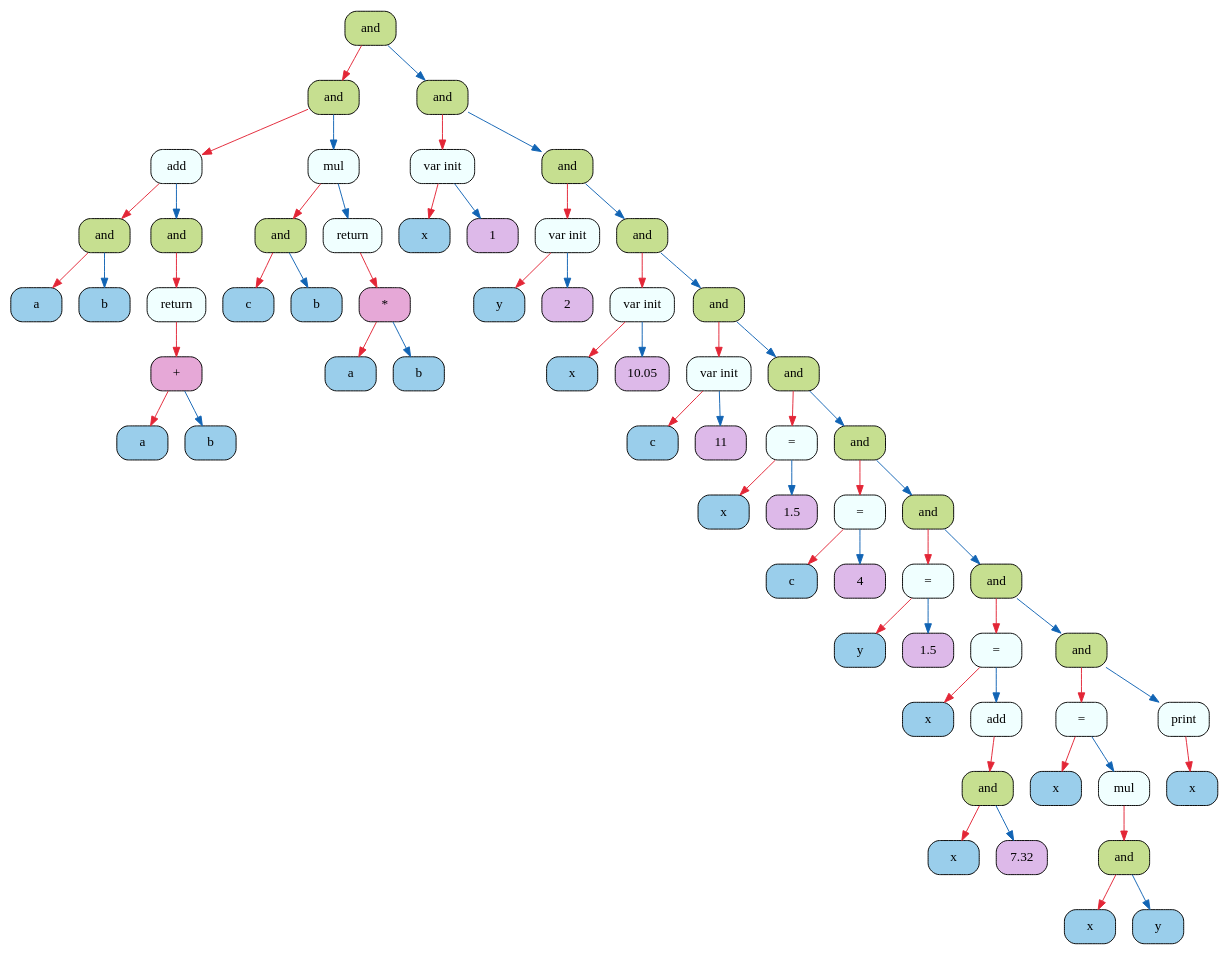
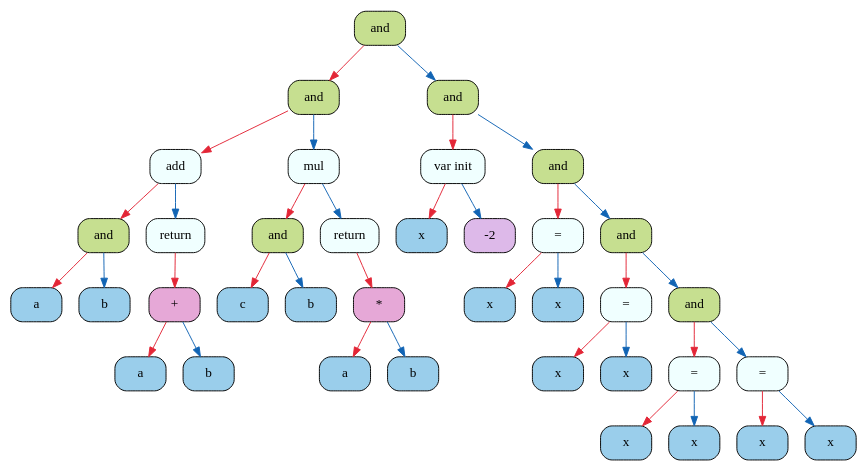
The diagram in frontend/logs/log_graphviz.dot (2APetrin/MIPT_language), drawn with Graphviz before and after one commit. The commit also changed 21 other files, not shown here.

```diff
--- a/frontend/logs/log_graphviz.dot
+++ b/frontend/logs/log_graphviz.dot
@@ -1,128 +1,76 @@
 digraph
 {
-    node_0x606000001f40[shape = Mrecord, label = "{{and}}", style = "filled", fillcolor = "#C6DF90"];
+    node_0x606000001760[shape = Mrecord, label = "{{and}}", style = "filled", fillcolor = "#C6DF90"];
     node_0x606000000800[shape = Mrecord, label = "{{and}}", style = "filled", fillcolor = "#C6DF90"];
     node_0x606000000380[shape = Mrecord, label = "{{add}}", style = "filled", fillcolor = "#F0FFFF"];
     node_0x606000000140[shape = Mrecord, label = "{{and}}", style = "filled", fillcolor = "#C6DF90"];
     node_0x606000000020[shape = Mrecord, label = "{{a}}", style = "filled", fillcolor = "#9ACEEB"];
-    node_0x606000001fa0[shape = Mrecord, label = "{{b}}", style = "filled", fillcolor = "#9ACEEB"];
-    node_0x606000000320[shape = Mrecord, label = "{{and}}", style = "filled", fillcolor = "#C6DF90"];
-    node_0x6060000002c0[shape = Mrecord, label = "{{return}}", style = "filled", fillcolor = "#F0FFFF"];
-    node_0x606000000260[shape = Mrecord, label = "{{+}}", style = "filled", fillcolor = "#E6A8D7"];
-    node_0x6060000001a0[shape = Mrecord, label = "{{a}}", style = "filled", fillcolor = "#9ACEEB"];
-    node_0x606000000200[shape = Mrecord, label = "{{b}}", style = "filled", fillcolor = "#9ACEEB"];
-    node_0x606000002060[shape = Mrecord, label = "{{mul}}", style = "filled", fillcolor = "#F0FFFF"];
-    node_0x6060000020c0[shape = Mrecord, label = "{{and}}", style = "filled", fillcolor = "#C6DF90"];
-    node_0x606000002120[shape = Mrecord, label = "{{c}}", style = "filled", fillcolor = "#9ACEEB"];
-    node_0x606000002180[shape = Mrecord, label = "{{b}}", style = "filled", fillcolor = "#9ACEEB"];
-    node_0x606000002a80[shape = Mrecord, label = "{{return}}", style = "filled", fillcolor = "#F0FFFF"];
-    node_0x606000002ae0[shape = Mrecord, label = "{{*}}", style = "filled", fillcolor = "#E6A8D7"];
-    node_0x606000002b40[shape = Mrecord, label = "{{a}}", style = "filled", fillcolor = "#9ACEEB"];
-    node_0x606000002ba0[shape = Mrecord, label = "{{b}}", style = "filled", fillcolor = "#9ACEEB"];
-    node_0x606000001ee0[shape = Mrecord, label = "{{and}}", style = "filled", fillcolor = "#C6DF90"];
+    node_0x6060000017c0[shape = Mrecord, label = "{{b}}", style = "filled", fillcolor = "#9ACEEB"];
+    node_0x606000001820[shape = Mrecord, label = "{{return}}", style = "filled", fillcolor = "#F0FFFF"];
+    node_0x606000001880[shape = Mrecord, label = "{{+}}", style = "filled", fillcolor = "#E6A8D7"];
+    node_0x6060000018e0[shape = Mrecord, label = "{{a}}", style = "filled", fillcolor = "#9ACEEB"];
+    node_0x606000001940[shape = Mrecord, label = "{{b}}", style = "filled", fillcolor = "#9ACEEB"];
+    node_0x606000001b80[shape = Mrecord, label = "{{mul}}", style = "filled", fillcolor = "#F0FFFF"];
+    node_0x606000001be0[shape = Mrecord, label = "{{and}}", style = "filled", fillcolor = "#C6DF90"];
+    node_0x606000001c40[shape = Mrecord, label = "{{c}}", style = "filled", fillcolor = "#9ACEEB"];
+    node_0x606000001ca0[shape = Mrecord, label = "{{b}}", style = "filled", fillcolor = "#9ACEEB"];
+    node_0x606000001d00[shape = Mrecord, label = "{{return}}", style = "filled", fillcolor = "#F0FFFF"];
+    node_0x606000001d60[shape = Mrecord, label = "{{*}}", style = "filled", fillcolor = "#E6A8D7"];
+    node_0x606000001dc0[shape = Mrecord, label = "{{a}}", style = "filled", fillcolor = "#9ACEEB"];
+    node_0x606000001e20[shape = Mrecord, label = "{{b}}", style = "filled", fillcolor = "#9ACEEB"];
+    node_0x606000001700[shape = Mrecord, label = "{{and}}", style = "filled", fillcolor = "#C6DF90"];
     node_0x606000000920[shape = Mrecord, label = "{{var init}}", style = "filled", fillcolor = "#F0FFFF"];
     node_0x606000000860[shape = Mrecord, label = "{{x}}", style = "filled", fillcolor = "#9ACEEB"];
-    node_0x6060000008c0[shape = Mrecord, label = "{{1}}", style = "filled", fillcolor = "#DDB9E9"];
-    node_0x606000001e80[shape = Mrecord, label = "{{and}}", style = "filled", fillcolor = "#C6DF90"];
-    node_0x606000000a40[shape = Mrecord, label = "{{var init}}", style = "filled", fillcolor = "#F0FFFF"];
-    node_0x606000000980[shape = Mrecord, label = "{{y}}", style = "filled", fillcolor = "#9ACEEB"];
-    node_0x6060000009e0[shape = Mrecord, label = "{{2}}", style = "filled", fillcolor = "#DDB9E9"];
-    node_0x606000001e20[shape = Mrecord, label = "{{and}}", style = "filled", fillcolor = "#C6DF90"];
-    node_0x606000000b60[shape = Mrecord, label = "{{var init}}", style = "filled", fillcolor = "#F0FFFF"];
-    node_0x606000000aa0[shape = Mrecord, label = "{{x}}", style = "filled", fillcolor = "#9ACEEB"];
-    node_0x606000000b00[shape = Mrecord, label = "{{10.05}}", style = "filled", fillcolor = "#DDB9E9"];
-    node_0x606000001dc0[shape = Mrecord, label = "{{and}}", style = "filled", fillcolor = "#C6DF90"];
-    node_0x606000000c80[shape = Mrecord, label = "{{var init}}", style = "filled", fillcolor = "#F0FFFF"];
-    node_0x606000000bc0[shape = Mrecord, label = "{{c}}", style = "filled", fillcolor = "#9ACEEB"];
-    node_0x606000000c20[shape = Mrecord, label = "{{11}}", style = "filled", fillcolor = "#DDB9E9"];
-    node_0x606000001d60[shape = Mrecord, label = "{{and}}", style = "filled", fillcolor = "#C6DF90"];
-    node_0x606000000e60[shape = Mrecord, label = "{{=}}", style = "filled", fillcolor = "#F0FFFF"];
-    node_0x606000000ce0[shape = Mrecord, label = "{{x}}", style = "filled", fillcolor = "#9ACEEB"];
-    node_0x6060000023c0[shape = Mrecord, label = "{{1.5}}", style = "filled", fillcolor = "#DDB9E9"];
-    node_0x606000001d00[shape = Mrecord, label = "{{and}}", style = "filled", fillcolor = "#C6DF90"];
-    node_0x606000001040[shape = Mrecord, label = "{{=}}", style = "filled", fillcolor = "#F0FFFF"];
-    node_0x606000000ec0[shape = Mrecord, label = "{{c}}", style = "filled", fillcolor = "#9ACEEB"];
-    node_0x606000002420[shape = Mrecord, label = "{{4}}", style = "filled", fillcolor = "#DDB9E9"];
-    node_0x606000001ca0[shape = Mrecord, label = "{{and}}", style = "filled", fillcolor = "#C6DF90"];
-    node_0x6060000013a0[shape = Mrecord, label = "{{=}}", style = "filled", fillcolor = "#F0FFFF"];
-    node_0x6060000010a0[shape = Mrecord, label = "{{y}}", style = "filled", fillcolor = "#9ACEEB"];
-    node_0x606000002540[shape = Mrecord, label = "{{1.5}}", style = "filled", fillcolor = "#DDB9E9"];
-    node_0x606000001c40[shape = Mrecord, label = "{{and}}", style = "filled", fillcolor = "#C6DF90"];
-    node_0x606000001760[shape = Mrecord, label = "{{=}}", style = "filled", fillcolor = "#F0FFFF"];
-    node_0x606000001400[shape = Mrecord, label = "{{x}}", style = "filled", fillcolor = "#9ACEEB"];
-    node_0x606000002660[shape = Mrecord, label = "{{add}}", style = "filled", fillcolor = "#F0FFFF"];
-    node_0x6060000026c0[shape = Mrecord, label = "{{and}}", style = "filled", fillcolor = "#C6DF90"];
-    node_0x606000002720[shape = Mrecord, label = "{{x}}", style = "filled", fillcolor = "#9ACEEB"];
-    node_0x606000002780[shape = Mrecord, label = "{{7.32}}", style = "filled", fillcolor = "#DDB9E9"];
-    node_0x606000001be0[shape = Mrecord, label = "{{and}}", style = "filled", fillcolor = "#C6DF90"];
-    node_0x606000001a60[shape = Mrecord, label = "{{=}}", style = "filled", fillcolor = "#F0FFFF"];
-    node_0x6060000017c0[shape = Mrecord, label = "{{x}}", style = "filled", fillcolor = "#9ACEEB"];
-    node_0x606000002840[shape = Mrecord, label = "{{mul}}", style = "filled", fillcolor = "#F0FFFF"];
-    node_0x6060000028a0[shape = Mrecord, label = "{{and}}", style = "filled", fillcolor = "#C6DF90"];
-    node_0x606000002900[shape = Mrecord, label = "{{x}}", style = "filled", fillcolor = "#9ACEEB"];
-    node_0x606000002960[shape = Mrecord, label = "{{y}}", style = "filled", fillcolor = "#9ACEEB"];
-    node_0x6060000029c0[shape = Mrecord, label = "{{print}}", style = "filled", fillcolor = "#F0FFFF"];
-    node_0x606000002a20[shape = Mrecord, label = "{{x}}", style = "filled", fillcolor = "#9ACEEB"];
-    node_0x606000001f40->node_0x606000000800 [color = "#E32636"];
+    node_0x6060000008c0[shape = Mrecord, label = "{{-2}}", style = "filled", fillcolor = "#DDB9E9"];
+    node_0x6060000016a0[shape = Mrecord, label = "{{and}}", style = "filled", fillcolor = "#C6DF90"];
+    node_0x606000000b00[shape = Mrecord, label = "{{=}}", style = "filled", fillcolor = "#F0FFFF"];
+    node_0x606000000980[shape = Mrecord, label = "{{x}}", style = "filled", fillcolor = "#9ACEEB"];
+    node_0x606000001e80[shape = Mrecord, label = "{{x}}", style = "filled", fillcolor = "#9ACEEB"];
+    node_0x606000001640[shape = Mrecord, label = "{{and}}", style = "filled", fillcolor = "#C6DF90"];
+    node_0x606000000fe0[shape = Mrecord, label = "{{=}}", style = "filled", fillcolor = "#F0FFFF"];
+    node_0x606000000b60[shape = Mrecord, label = "{{x}}", style = "filled", fillcolor = "#9ACEEB"];
+    node_0x606000002000[shape = Mrecord, label = "{{x}}", style = "filled", fillcolor = "#9ACEEB"];
+    node_0x6060000015e0[shape = Mrecord, label = "{{and}}", style = "filled", fillcolor = "#C6DF90"];
+    node_0x606000001280[shape = Mrecord, label = "{{=}}", style = "filled", fillcolor = "#F0FFFF"];
+    node_0x606000001040[shape = Mrecord, label = "{{x}}", style = "filled", fillcolor = "#9ACEEB"];
+    node_0x6060000020c0[shape = Mrecord, label = "{{x}}", style = "filled", fillcolor = "#9ACEEB"];
+    node_0x6060000021e0[shape = Mrecord, label = "{{=}}", style = "filled", fillcolor = "#F0FFFF"];
+    node_0x606000002240[shape = Mrecord, label = "{{x}}", style = "filled", fillcolor = "#9ACEEB"];
+    node_0x6060000022a0[shape = Mrecord, label = "{{x}}", style = "filled", fillcolor = "#9ACEEB"];
+    node_0x606000001760->node_0x606000000800 [color = "#E32636"];
     node_0x606000000800->node_0x606000000380 [color = "#E32636"];
     node_0x606000000380->node_0x606000000140 [color = "#E32636"];
     node_0x606000000140->node_0x606000000020 [color = "#E32636"];
-    node_0x606000000140->node_0x606000001fa0 [color = "#1164B4"];
-    node_0x606000000380->node_0x606000000320 [color = "#1164B4"];
-    node_0x606000000320->node_0x6060000002c0 [color = "#E32636"];
-    node_0x6060000002c0->node_0x606000000260 [color = "#E32636"];
-    node_0x606000000260->node_0x6060000001a0 [color = "#E32636"];
-    node_0x606000000260->node_0x606000000200 [color = "#1164B4"];
-    node_0x606000000800->node_0x606000002060 [color = "#1164B4"];
-    node_0x606000002060->node_0x6060000020c0 [color = "#E32636"];
-    node_0x6060000020c0->node_0x606000002120 [color = "#E32636"];
-    node_0x6060000020c0->node_0x606000002180 [color = "#1164B4"];
-    node_0x606000002060->node_0x606000002a80 [color = "#1164B4"];
-    node_0x606000002a80->node_0x606000002ae0 [color = "#E32636"];
-    node_0x606000002ae0->node_0x606000002b40 [color = "#E32636"];
-    node_0x606000002ae0->node_0x606000002ba0 [color = "#1164B4"];
-    node_0x606000001f40->node_0x606000001ee0 [color = "#1164B4"];
-    node_0x606000001ee0->node_0x606000000920 [color = "#E32636"];
+    node_0x606000000140->node_0x6060000017c0 [color = "#1164B4"];
+    node_0x606000000380->node_0x606000001820 [color = "#1164B4"];
+    node_0x606000001820->node_0x606000001880 [color = "#E32636"];
+    node_0x606000001880->node_0x6060000018e0 [color = "#E32636"];
+    node_0x606000001880->node_0x606000001940 [color = "#1164B4"];
+    node_0x606000000800->node_0x606000001b80 [color = "#1164B4"];
+    node_0x606000001b80->node_0x606000001be0 [color = "#E32636"];
+    node_0x606000001be0->node_0x606000001c40 [color = "#E32636"];
+    node_0x606000001be0->node_0x606000001ca0 [color = "#1164B4"];
+    node_0x606000001b80->node_0x606000001d00 [color = "#1164B4"];
+    node_0x606000001d00->node_0x606000001d60 [color = "#E32636"];
+    node_0x606000001d60->node_0x606000001dc0 [color = "#E32636"];
+    node_0x606000001d60->node_0x606000001e20 [color = "#1164B4"];
+    node_0x606000001760->node_0x606000001700 [color = "#1164B4"];
+    node_0x606000001700->node_0x606000000920 [color = "#E32636"];
     node_0x606000000920->node_0x606000000860 [color = "#E32636"];
     node_0x606000000920->node_0x6060000008c0 [color = "#1164B4"];
-    node_0x606000001ee0->node_0x606000001e80 [color = "#1164B4"];
-    node_0x606000001e80->node_0x606000000a40 [color = "#E32636"];
-    node_0x606000000a40->node_0x606000000980 [color = "#E32636"];
-    node_0x606000000a40->node_0x6060000009e0 [color = "#1164B4"];
-    node_0x606000001e80->node_0x606000001e20 [color = "#1164B4"];
-    node_0x606000001e20->node_0x606000000b60 [color = "#E32636"];
-    node_0x606000000b60->node_0x606000000aa0 [color = "#E32636"];
-    node_0x606000000b60->node_0x606000000b00 [color = "#1164B4"];
-    node_0x606000001e20->node_0x606000001dc0 [color = "#1164B4"];
-    node_0x606000001dc0->node_0x606000000c80 [color = "#E32636"];
-    node_0x606000000c80->node_0x606000000bc0 [color = "#E32636"];
-    node_0x606000000c80->node_0x606000000c20 [color = "#1164B4"];
-    node_0x606000001dc0->node_0x606000001d60 [color = "#1164B4"];
-    node_0x606000001d60->node_0x606000000e60 [color = "#E32636"];
-    node_0x606000000e60->node_0x606000000ce0 [color = "#E32636"];
-    node_0x606000000e60->node_0x6060000023c0 [color = "#1164B4"];
-    node_0x606000001d60->node_0x606000001d00 [color = "#1164B4"];
-    node_0x606000001d00->node_0x606000001040 [color = "#E32636"];
-    node_0x606000001040->node_0x606000000ec0 [color = "#E32636"];
-    node_0x606000001040->node_0x606000002420 [color = "#1164B4"];
-    node_0x606000001d00->node_0x606000001ca0 [color = "#1164B4"];
-    node_0x606000001ca0->node_0x6060000013a0 [color = "#E32636"];
-    node_0x6060000013a0->node_0x6060000010a0 [color = "#E32636"];
-    node_0x6060000013a0->node_0x606000002540 [color = "#1164B4"];
-    node_0x606000001ca0->node_0x606000001c40 [color = "#1164B4"];
-    node_0x606000001c40->node_0x606000001760 [color = "#E32636"];
-    node_0x606000001760->node_0x606000001400 [color = "#E32636"];
-    node_0x606000001760->node_0x606000002660 [color = "#1164B4"];
-    node_0x606000002660->node_0x6060000026c0 [color = "#E32636"];
-    node_0x6060000026c0->node_0x606000002720 [color = "#E32636"];
-    node_0x6060000026c0->node_0x606000002780 [color = "#1164B4"];
-    node_0x606000001c40->node_0x606000001be0 [color = "#1164B4"];
-    node_0x606000001be0->node_0x606000001a60 [color = "#E32636"];
-    node_0x606000001a60->node_0x6060000017c0 [color = "#E32636"];
-    node_0x606000001a60->node_0x606000002840 [color = "#1164B4"];
-    node_0x606000002840->node_0x6060000028a0 [color = "#E32636"];
-    node_0x6060000028a0->node_0x606000002900 [color = "#E32636"];
-    node_0x6060000028a0->node_0x606000002960 [color = "#1164B4"];
-    node_0x606000001be0->node_0x6060000029c0 [color = "#1164B4"];
-    node_0x6060000029c0->node_0x606000002a20 [color = "#E32636"];
+    node_0x606000001700->node_0x6060000016a0 [color = "#1164B4"];
+    node_0x6060000016a0->node_0x606000000b00 [color = "#E32636"];
+    node_0x606000000b00->node_0x606000000980 [color = "#E32636"];
+    node_0x606000000b00->node_0x606000001e80 [color = "#1164B4"];
+    node_0x6060000016a0->node_0x606000001640 [color = "#1164B4"];
+    node_0x606000001640->node_0x606000000fe0 [color = "#E32636"];
+    node_0x606000000fe0->node_0x606000000b60 [color = "#E32636"];
+    node_0x606000000fe0->node_0x606000002000 [color = "#1164B4"];
+    node_0x606000001640->node_0x6060000015e0 [color = "#1164B4"];
+    node_0x6060000015e0->node_0x606000001280 [color = "#E32636"];
+    node_0x606000001280->node_0x606000001040 [color = "#E32636"];
+    node_0x606000001280->node_0x6060000020c0 [color = "#1164B4"];
+    node_0x6060000015e0->node_0x6060000021e0 [color = "#1164B4"];
+    node_0x6060000021e0->node_0x606000002240 [color = "#E32636"];
+    node_0x6060000021e0->node_0x6060000022a0 [color = "#1164B4"];
 }
```
